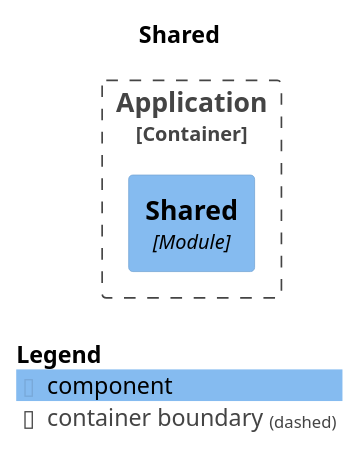
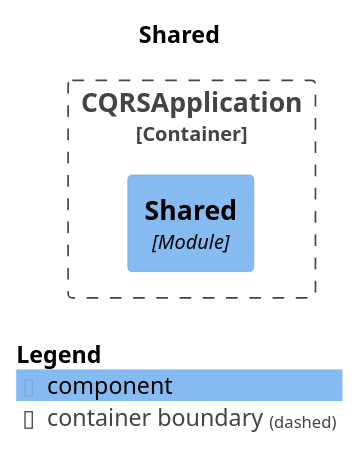
One commit to odrotbohm/cqrs-spring-modulith changed the diagram in generated-docs/uml/module-shared.puml. Above: the diagram before and after it, drawn with PlantUML. The commit also changed 9 other files, not shown here.

```diff
--- a/generated-docs/uml/module-shared.puml
+++ b/generated-docs/uml/module-shared.puml
@@ -1,17 +1,17 @@
 @startuml
 set separator none
 title Shared
 
 top to bottom direction
 
 !include <C4/C4>
 !include <C4/C4_Context>
 !include <C4/C4_Component>
 
-Container_Boundary("Application.Application_boundary", "Application", $tags="") {
-  Component(Application.Application.Shared, "Shared", $techn="Module", $descr="", $tags="", $link="")
+Container_Boundary("CQRSApplication.CQRSApplication_boundary", "CQRSApplication", $tags="") {
+  Component(CQRSApplication.CQRSApplication.Shared, "Shared", $techn="Module", $descr="", $tags="", $link="")
 }
 
 
 SHOW_LEGEND(true)
 @enduml
```
